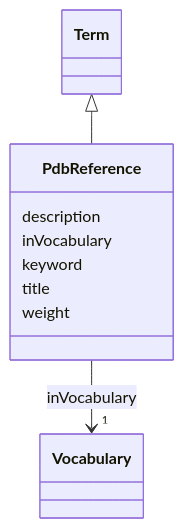
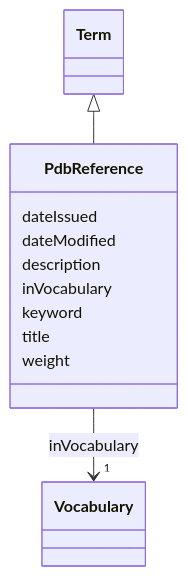
Before and after one commit to EVORA-project/evora-ontology: the diagram in models/docs/PdbReference.md, drawn with Mermaid. The commit also changed other lines of this file and 377 other files, not shown here.

````diff
--- a/models/docs/PdbReference.md
+++ b/models/docs/PdbReference.md
@@ -19,26 +19,30 @@
 ```mermaid
  classDiagram
     class PdbReference
     click PdbReference href "../PdbReference"
       Term <|-- PdbReference
         click Term href "../Term"
       
+      PdbReference : dateIssued
+        
+      PdbReference : dateModified
+        
       PdbReference : description
         
       PdbReference : inVocabulary
         
           
     
     
     PdbReference --> "1" Vocabulary : inVocabulary
     click Vocabulary href "../Vocabulary"
 
         
       PdbReference : keyword
         
       PdbReference : title
         
       PdbReference : weight
         
       
 ```
````
